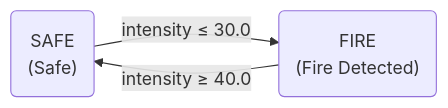
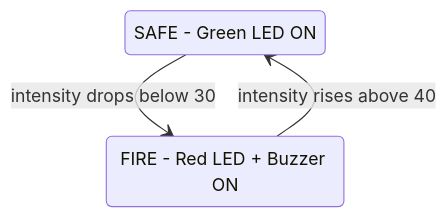
One commit to sangaje/the-Photatos changed the second of 4 diagrams in README.md. Above: the diagram before and after it, drawn with Mermaid. The commit also changed other lines of this file, not shown here.

Commit message:
Update README.md to enhance system architecture diagrams and fire state flowchart

````diff
--- a/README.md
+++ b/README.md
@@ -306,5 +291,8 @@
 ```mermaid
-flowchart LR
-    SAFE("SAFE\n(Safe)") -- "intensity &le; 30.0" --> FIRE("FIRE\n(Fire Detected)")
-    FIRE -- "intensity &ge; 40.0" --> SAFE
+stateDiagram-v2
+    SAFE : SAFE - Green LED ON
+    FIRE : FIRE - Red LED + Buzzer ON
+
+    SAFE --> FIRE : intensity drops below 30
+    FIRE --> SAFE : intensity rises above 40
 ```
````
